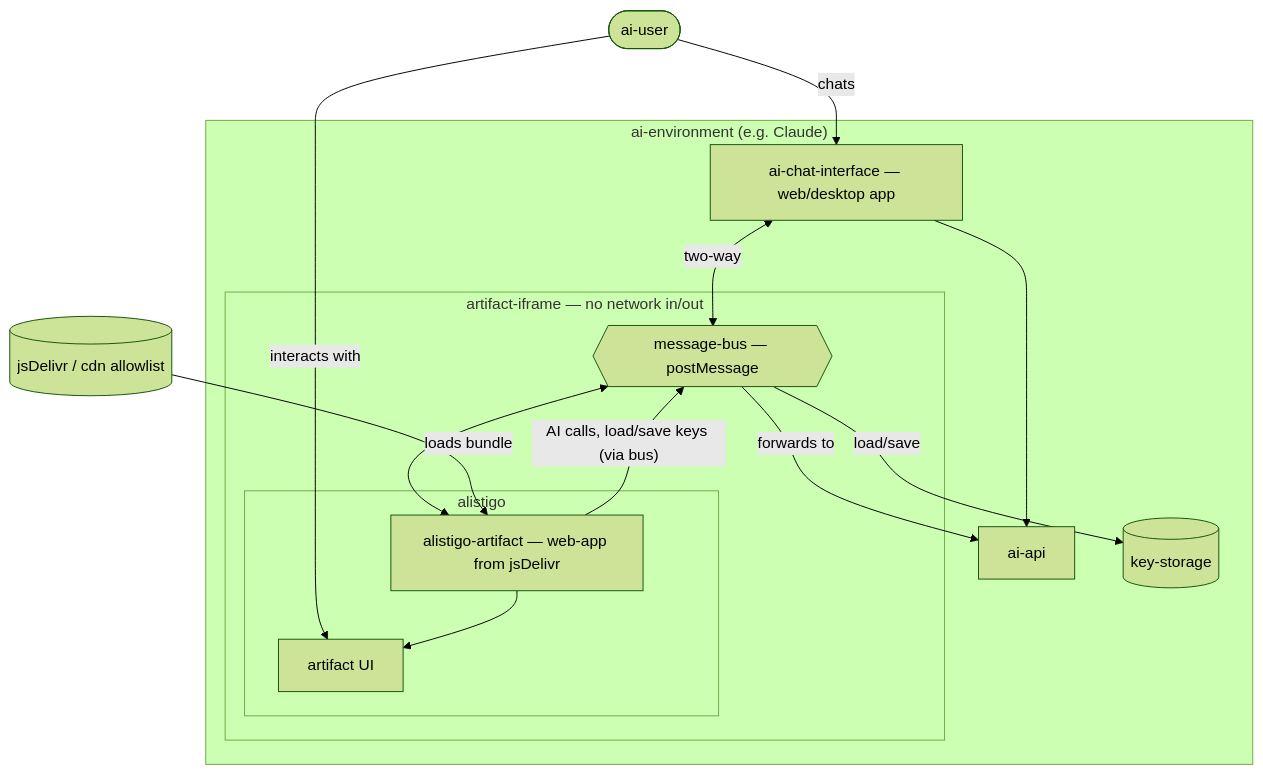
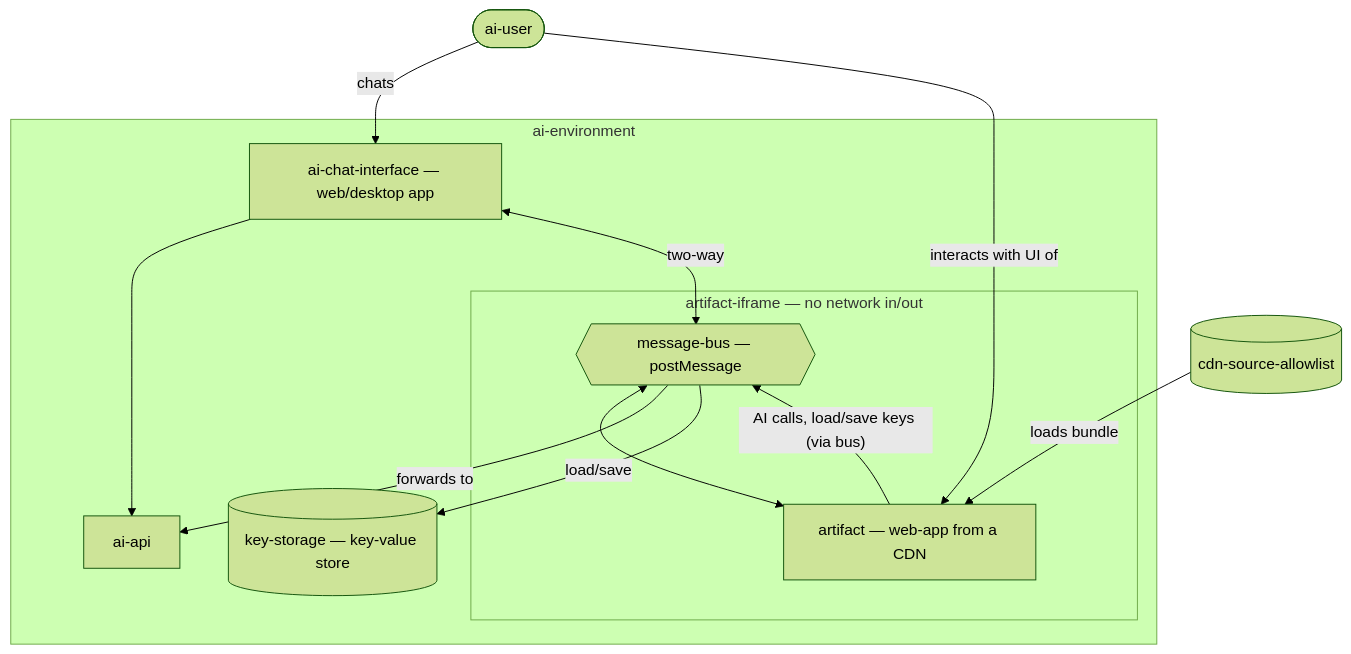
The fourth of 4 diagrams in packages/architecture/README.md (alistigo/holos), drawn with Mermaid (forest theme) before and after one commit. The commit also changed other lines of this file and 4 other files, not shown here.

First line of the commit message:
refactor(architecture): make the artifact-runtime model vendor-neutral

````diff
--- a/packages/architecture/README.md
+++ b/packages/architecture/README.md
@@ -175,31 +177,27 @@
 ```mermaid
 graph TB
   aiuser([ai-user])
 
-  subgraph AIENV["ai-environment (e.g. Claude)"]
+  subgraph AIENV["ai-environment"]
     chat[ai-chat-interface — web/desktop app]
     api[ai-api]
-    keystore[(key-storage)]
+    keystore[(key-storage — key-value store)]
 
     subgraph IFRAME["artifact-iframe — no network in/out"]
       bus{{message-bus — postMessage}}
-      subgraph ALISTIGO["alistigo"]
-        artifact[alistigo-artifact — web-app from jsDelivr]
-        ui[artifact UI]
-      end
+      artifact[artifact — web-app from a CDN]
     end
   end
 
-  cdn[(jsDelivr / cdn allowlist)]
+  cdn[(cdn-source-allowlist)]
 
   aiuser -->|chats| chat
-  aiuser -->|interacts with| ui
+  aiuser -->|interacts with UI of| artifact
   chat --> api
   chat <-->|two-way| bus
   bus <--> artifact
-  artifact --> ui
   cdn -->|loads bundle| artifact
   artifact -->|"AI calls, load/save keys (via bus)"| bus
   bus -->|forwards to| api
   bus -->|load/save| keystore
 ```
````
